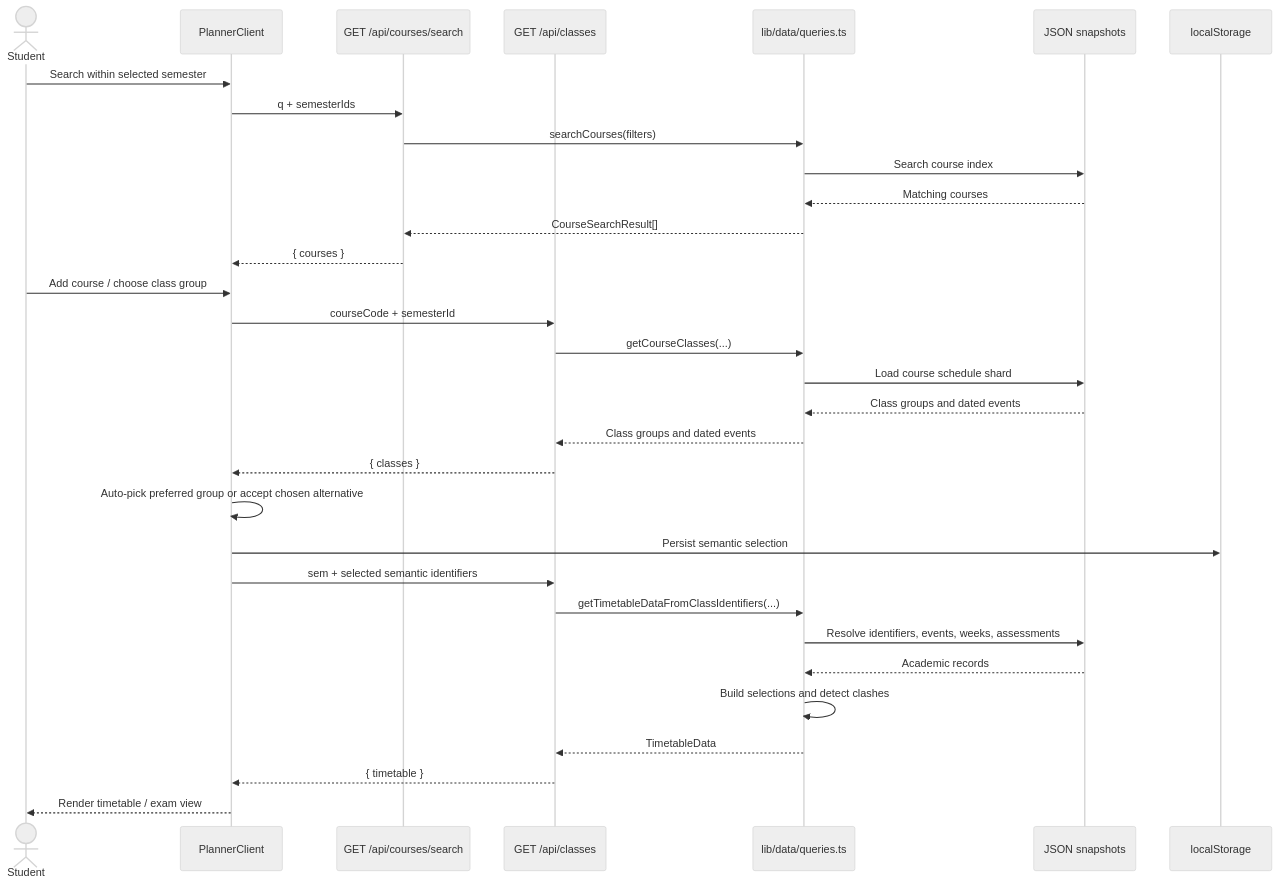
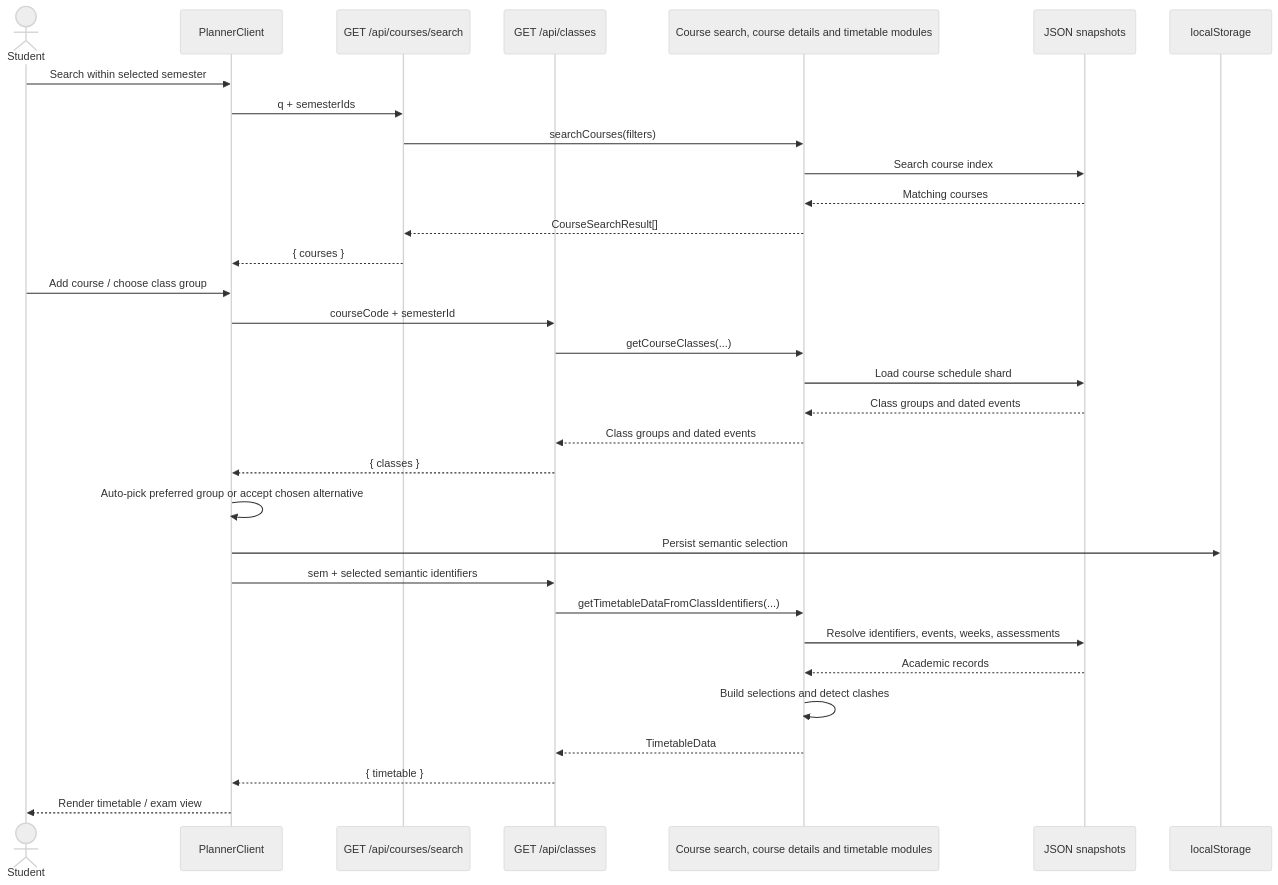
One commit to lester-td/SUSSplanner changed diagram 15 of 18 in docs/DeveloperGuide.md. Above: the diagram before and after it, drawn with Mermaid (neutral theme). The commit also changed other lines of this file and 76 other files, not shown here.

````diff
--- a/docs/DeveloperGuide.md
+++ b/docs/DeveloperGuide.md
@@ -1389,37 +1470,37 @@
 ```mermaid
 sequenceDiagram
     actor Student
     participant UI as PlannerClient
     participant Search as GET /api/courses/search
     participant Classes as GET /api/classes
-    participant Queries as lib/data/queries.ts
+    participant Queries as Course search, course details and timetable modules
     participant Snapshot as JSON snapshots
     participant Storage as localStorage
 
     Student->>UI: Search within selected semester
     UI->>Search: q + semesterIds
     Search->>Queries: searchCourses(filters)
     Queries->>Snapshot: Search course index
     Snapshot-->>Queries: Matching courses
     Queries-->>Search: CourseSearchResult[]
     Search-->>UI: { courses }
 
     Student->>UI: Add course / choose class group
     UI->>Classes: courseCode + semesterId
     Classes->>Queries: getCourseClasses(...)
     Queries->>Snapshot: Load course schedule shard
     Snapshot-->>Queries: Class groups and dated events
     Queries-->>Classes: Class groups and dated events
     Classes-->>UI: { classes }
     UI->>UI: Auto-pick preferred group or accept chosen alternative
     UI->>Storage: Persist semantic selection
 
     UI->>Classes: sem + selected semantic identifiers
     Classes->>Queries: getTimetableDataFromClassIdentifiers(...)
     Queries->>Snapshot: Resolve identifiers, events, weeks, assessments
     Snapshot-->>Queries: Academic records
     Queries->>Queries: Build selections and detect clashes
     Queries-->>Classes: TimetableData
     Classes-->>UI: { timetable }
     UI-->>Student: Render timetable / exam view
 ```
````
